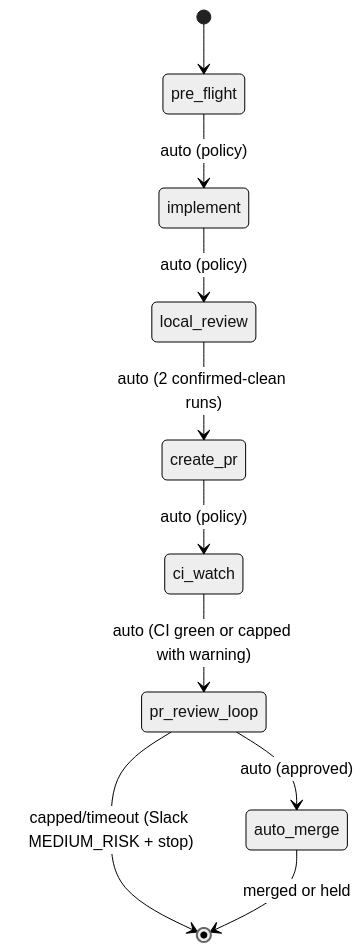
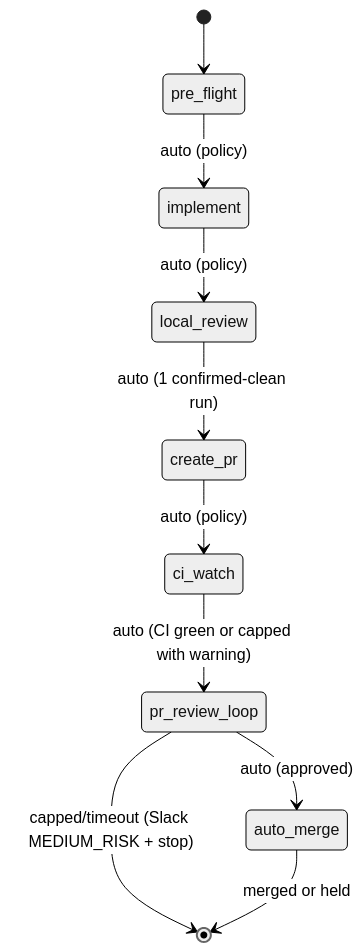
One commit to OmniNode-ai/omniclaude changed the diagram in plugins/onex/skills/ticket-pipeline/SKILL.md. Above: the diagram before and after it, drawn with Mermaid (neutral theme). The commit also changed other lines of this file and 1 other file, not shown here.

First line of the commit message:
fix(ticket-pipeline): align clean-run count, add Phase 0 dispatch note, add return block [OMN-2527]

````diff
--- a/plugins/onex/skills/ticket-pipeline/SKILL.md
+++ b/plugins/onex/skills/ticket-pipeline/SKILL.md
@@ -50,12 +50,12 @@
 ```mermaid
 stateDiagram-v2
     [*] --> pre_flight
     pre_flight --> implement : auto (policy)
     implement --> local_review : auto (policy)
-    local_review --> create_pr : auto (2 confirmed-clean runs)
+    local_review --> create_pr : auto (1 confirmed-clean run)
     create_pr --> ci_watch : auto (policy)
     ci_watch --> pr_review_loop : auto (CI green or capped with warning)
     pr_review_loop --> auto_merge : auto (approved)
     pr_review_loop --> [*] : capped/timeout (Slack MEDIUM_RISK + stop)
     auto_merge --> [*] : merged or held
 ```
````
